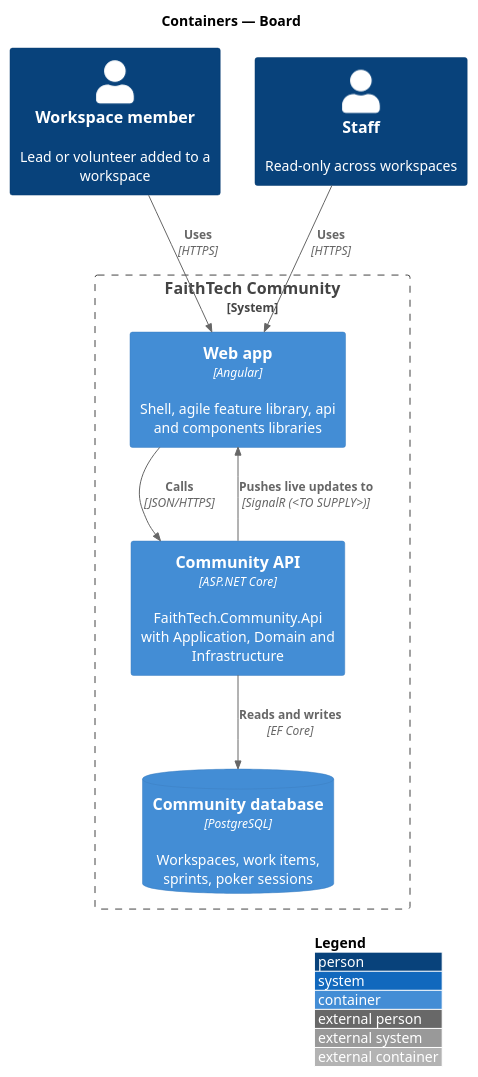
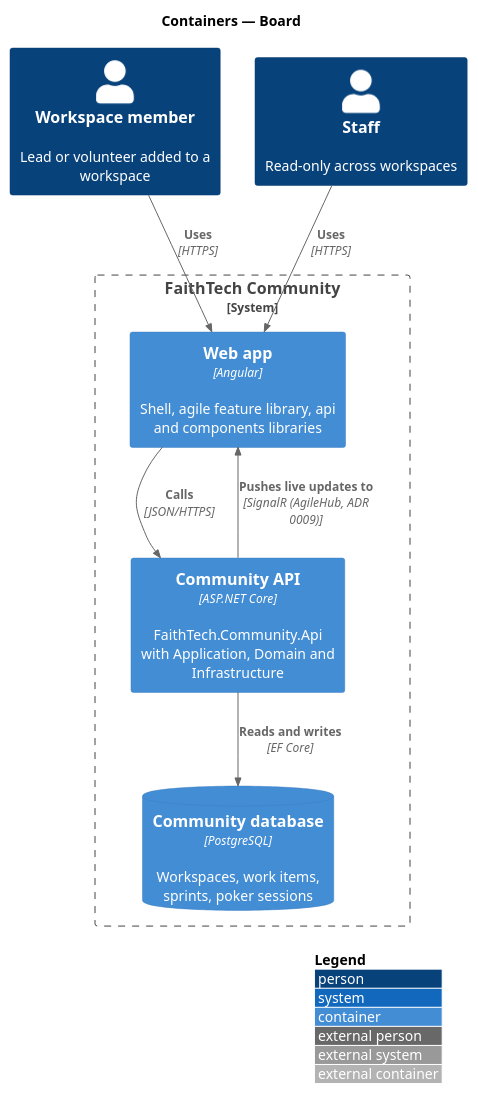
Before and after one commit to QuinntyneBrown/faithtech-community: the diagram in docs/detailed-designs/agile/board/diagrams/c4-container.puml, drawn with PlantUML. The commit also changed 4 other files, not shown here.

```diff
--- a/docs/detailed-designs/agile/board/diagrams/c4-container.puml
+++ b/docs/detailed-designs/agile/board/diagrams/c4-container.puml
@@ -1,19 +1,19 @@
 @startuml
 !include <C4/C4_Container>
 LAYOUT_WITH_LEGEND()
 title Containers — Board
 
 Person(member, "Workspace member", "Lead or volunteer added to a workspace")
 Person(staff, "Staff", "Read-only across workspaces")
 System_Boundary(ftc, "FaithTech Community") {
   Container(web, "Web app", "Angular", "Shell, agile feature library, api and components libraries")
   Container(api, "Community API", "ASP.NET Core", "FaithTech.Community.Api with Application, Domain and Infrastructure")
   ContainerDb(db, "Community database", "PostgreSQL", "Workspaces, work items, sprints, poker sessions")
 }
 
 Rel(member, web, "Uses", "HTTPS")
 Rel(staff, web, "Uses", "HTTPS")
 Rel(web, api, "Calls", "JSON/HTTPS")
-Rel(api, web, "Pushes live updates to", "SignalR (<TO SUPPLY>)")
+Rel(api, web, "Pushes live updates to", "SignalR (AgileHub, ADR 0009)")
 Rel(api, db, "Reads and writes", "EF Core")
 @enduml
```
